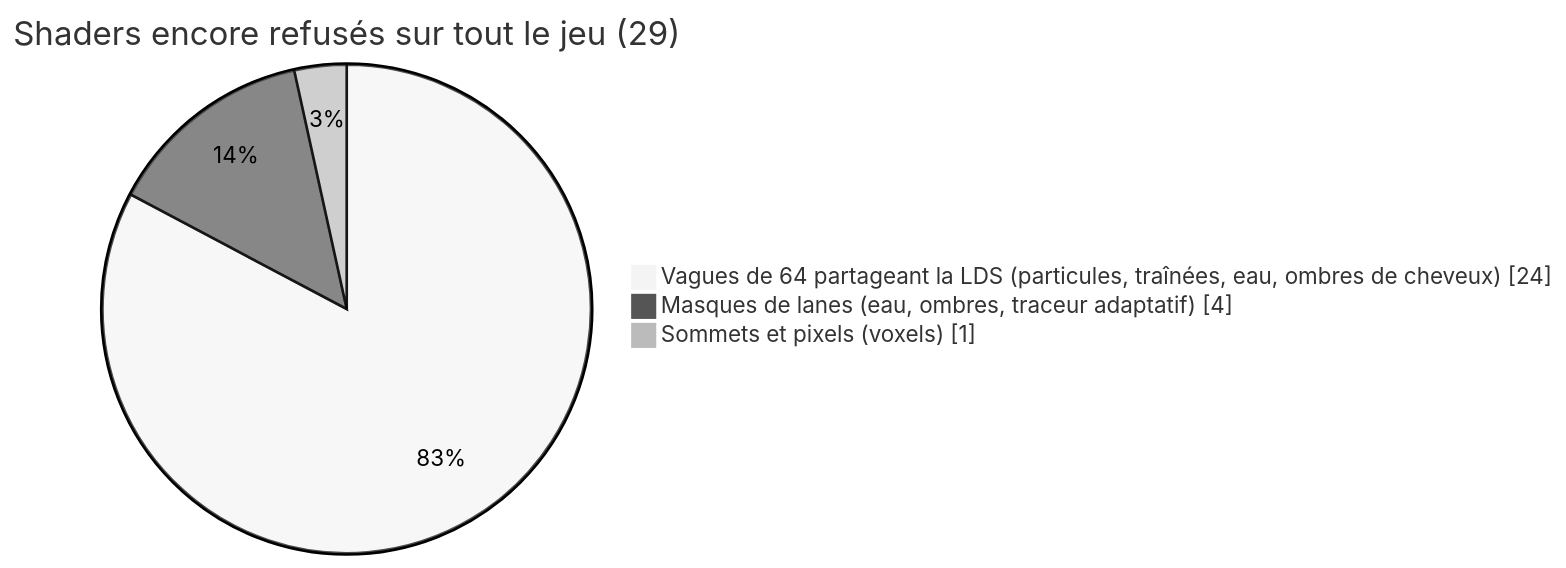
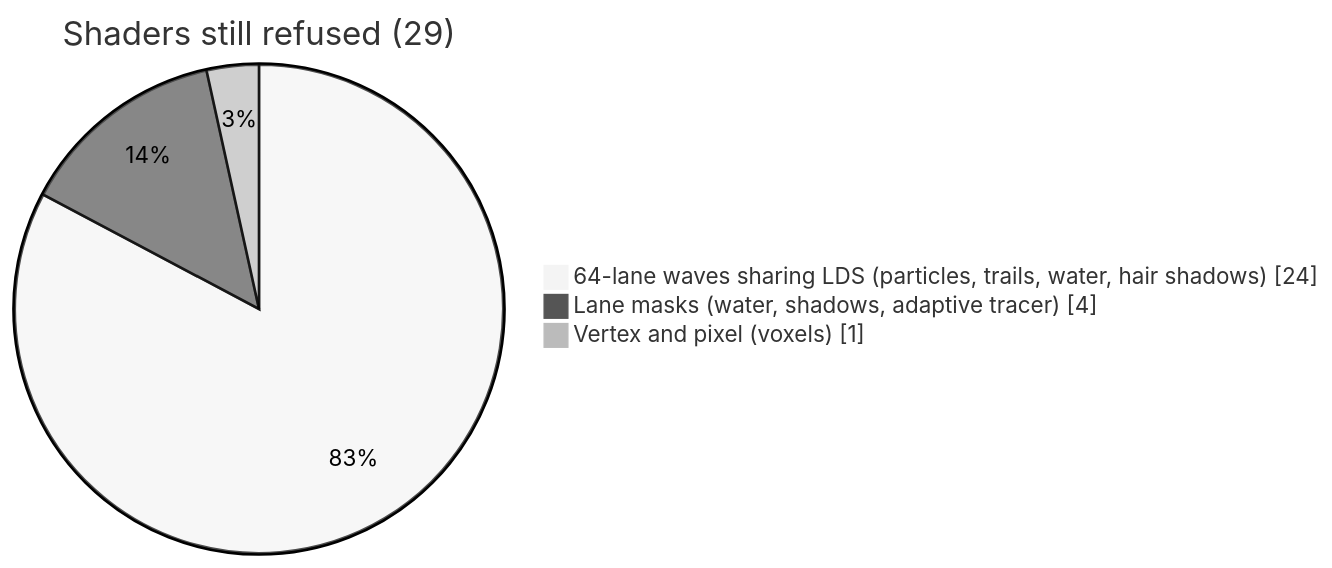
One commit to Cyanexani/cold-project-vi changed the seventh of 7 diagrams in README.md. Above: the diagram before and after it, drawn with Mermaid (neutral theme). The commit also changed other lines of this file and 2 other files, not shown here.

````diff
--- a/README.md
+++ b/README.md
@@ -539,7 +326,7 @@
 ```mermaid
 pie showData
-    title Shaders encore refusés sur tout le jeu (29)
-    "Vagues de 64 partageant la LDS (particules, traînées, eau, ombres de cheveux)" : 24
-    "Masques de lanes (eau, ombres, traceur adaptatif)" : 4
-    "Sommets et pixels (voxels)" : 1
+    title Shaders still refused (29)
+    "64-lane waves sharing LDS (particles, trails, water, hair shadows)" : 24
+    "Lane masks (water, shadows, adaptive tracer)" : 4
+    "Vertex and pixel (voxels)" : 1
 ```
````
